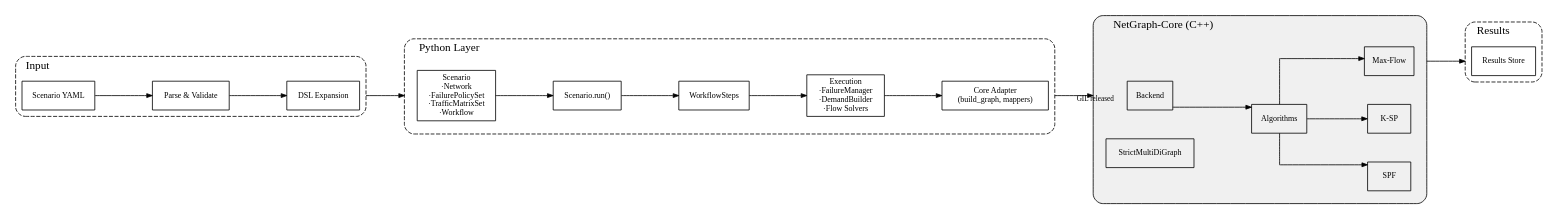
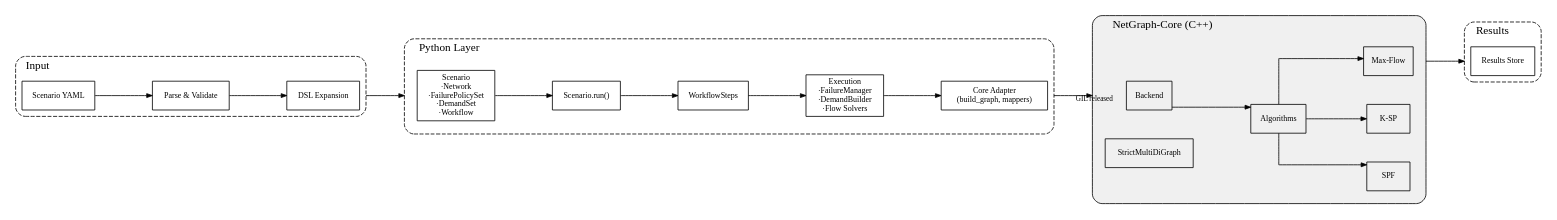
The diagram in docs/assets/diagrams/system_pipeline.dot (networmix/NetGraph), drawn with Graphviz before and after one commit. The commit also changed 148 other files, not shown here.

```diff
--- a/docs/assets/diagrams/system_pipeline.dot
+++ b/docs/assets/diagrams/system_pipeline.dot
@@ -1,76 +1,76 @@
 digraph SystemPipeline {
   rankdir=LR;
   graph [compound=true, splines=ortho, ranksep="1.0", nodesep="0.5"];
   node  [shape=box, fontsize=10, margin="0.08,0.05"];
   edge  [fontsize=9, arrowsize=0.7];
 
   // Input Layer
   subgraph cluster_input {
     label="Input"; labeljust="l"; style="rounded,dashed";
     yaml  [label="Scenario YAML"];
     parse [label="Parse & Validate"];
     expand [label="DSL Expansion"];
     yaml -> parse -> expand;
   }
 
   // Python Layer - Model
   subgraph cluster_python {
     label="Python Layer"; labeljust="l"; style="rounded,dashed";
 
     subgraph cluster_model {
       label=""; style=invis;
-      scenario [label="Scenario\n·Network\n·FailurePolicySet\n·TrafficMatrixSet\n·Workflow", shape=box];
+      scenario [label="Scenario\n·Network\n·FailurePolicySet\n·DemandSet\n·Workflow", shape=box];
     }
 
     subgraph cluster_exec {
       label=""; style=invis;
       engine [label="Scenario.run()"];
       steps [label="WorkflowSteps"];
       exec [label="Execution\n·FailureManager\n·DemandBuilder\n·Flow Solvers"];
       engine -> steps -> exec;
     }
 
     adapter [label="Core Adapter\n(build_graph, mappers)"];
 
     scenario -> engine;
     exec -> adapter;
   }
 
   // C++ Core Layer
   subgraph cluster_core {
     label="NetGraph-Core (C++)"; labeljust="l"; style="rounded,filled"; fillcolor="#f0f0f0";
 
     subgraph cluster_graph {
       label=""; style=invis;
       core_backend [label="Backend"];
       core_graph [label="StrictMultiDiGraph"];
       { rank=same; core_backend; core_graph; }
     }
 
     subgraph cluster_algs {
       label=""; style=invis;
       core_algs [label="Algorithms"];
       core_spf [label="SPF"];
       core_ksp [label="K-SP"];
       core_maxf [label="Max-Flow"];
       core_algs -> core_spf;
       core_algs -> core_ksp;
       core_algs -> core_maxf;
       { rank=same; core_spf; core_ksp; core_maxf; }
     }
 
     core_backend -> core_algs;
     core_graph -> core_algs [style=invis];
   }
 
   // Results Layer
   subgraph cluster_results {
     label="Results"; labeljust="l"; style="rounded,dashed";
     results [label="Results Store"];
   }
 
   // Main flow
   expand -> scenario [lhead=cluster_python, ltail=cluster_input];
   adapter -> core_backend [lhead=cluster_core, ltail=cluster_python, xlabel="GIL released"];
   core_maxf -> results [ltail=cluster_core, lhead=cluster_results];
 }
```
